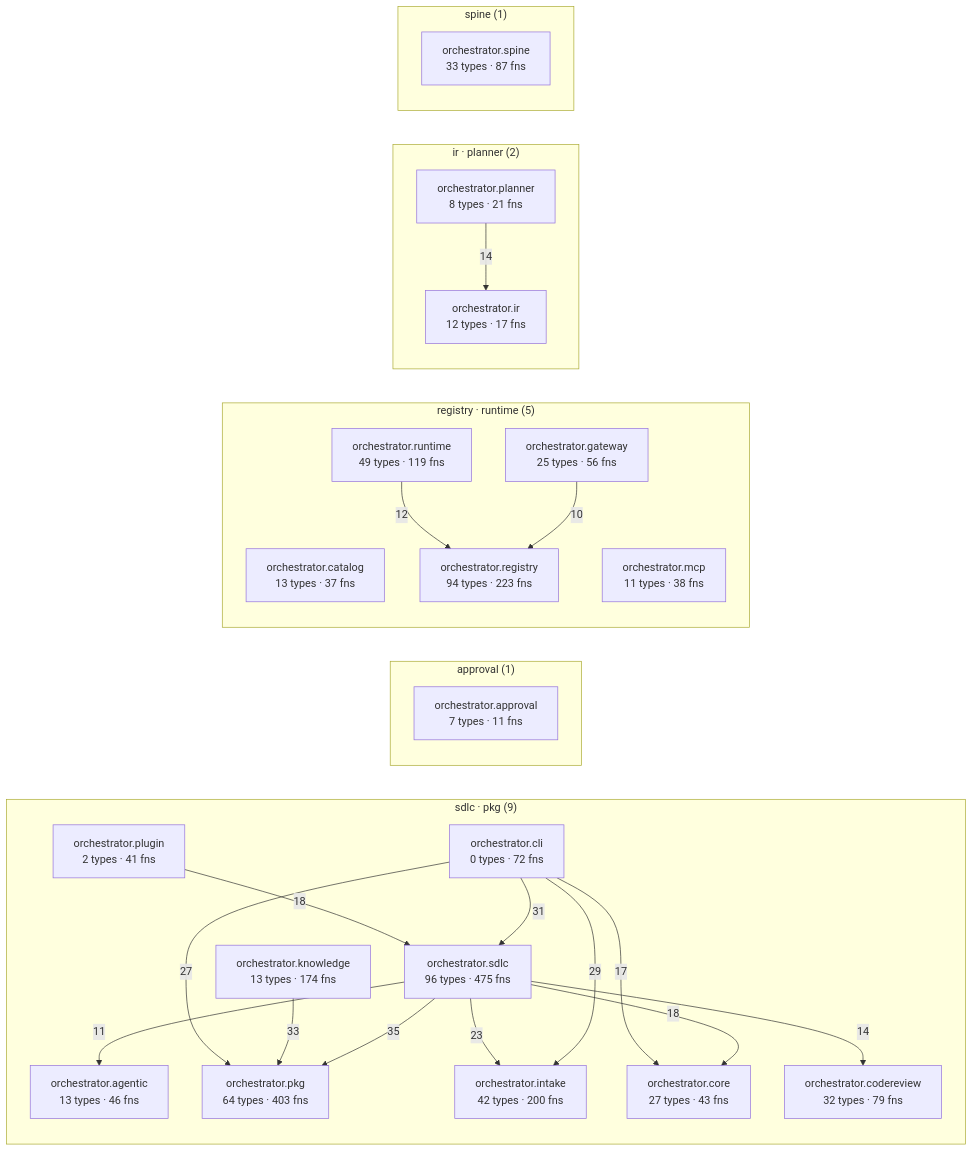
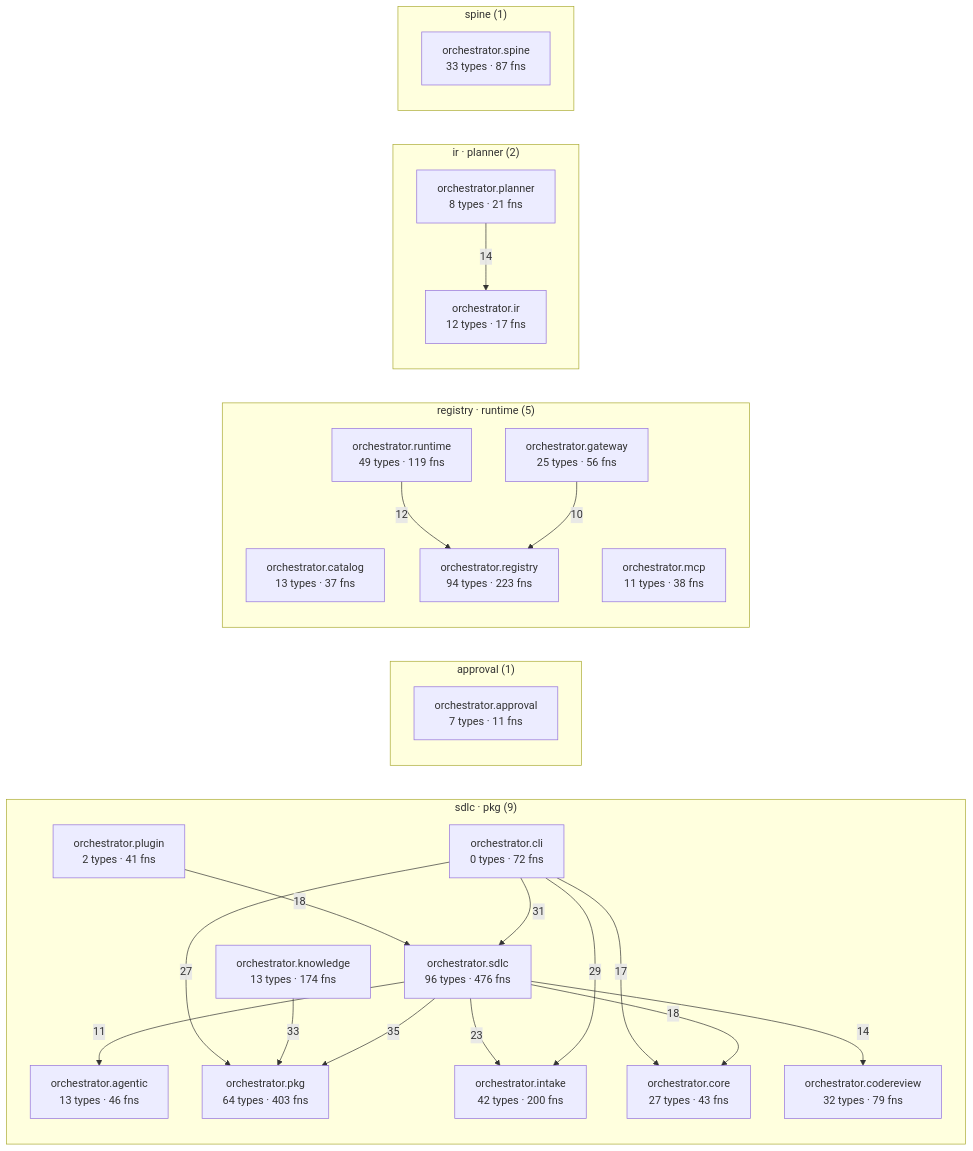
One commit to synaptixs/spine changed the diagram in episteme/architecture.md. Above: the diagram before and after it, drawn with Mermaid. The commit also changed other lines of this file and 5 other files, not shown here.

````diff
--- a/episteme/architecture.md
+++ b/episteme/architecture.md
@@ -54,45 +54,45 @@
 ```mermaid
 flowchart LR
   subgraph c_1["sdlc · pkg (9)"]
     aorchestratoragentic["orchestrator.agentic<br/>13 types · 46 fns"]
     aorchestratorcli["orchestrator.cli<br/>0 types · 72 fns"]
     aorchestratorcodereview["orchestrator.codereview<br/>32 types · 79 fns"]
     aorchestratorcore["orchestrator.core<br/>27 types · 43 fns"]
     aorchestratorintake["orchestrator.intake<br/>42 types · 200 fns"]
     aorchestratorknowledge["orchestrator.knowledge<br/>13 types · 174 fns"]
     aorchestratorpkg["orchestrator.pkg<br/>64 types · 403 fns"]
     aorchestratorplugin["orchestrator.plugin<br/>2 types · 41 fns"]
-    aorchestratorsdlc["orchestrator.sdlc<br/>96 types · 475 fns"]
+    aorchestratorsdlc["orchestrator.sdlc<br/>96 types · 476 fns"]
   end
   subgraph c_2["approval (1)"]
     aorchestratorapproval["orchestrator.approval<br/>7 types · 11 fns"]
   end
   subgraph c_3["registry · runtime (5)"]
     aorchestratorcatalog["orchestrator.catalog<br/>13 types · 37 fns"]
     aorchestratorgateway["orchestrator.gateway<br/>25 types · 56 fns"]
     aorchestratormcp["orchestrator.mcp<br/>11 types · 38 fns"]
     aorchestratorregistry["orchestrator.registry<br/>94 types · 223 fns"]
     aorchestratorruntime["orchestrator.runtime<br/>49 types · 119 fns"]
   end
   subgraph c_7["ir · planner (2)"]
     aorchestratorir["orchestrator.ir<br/>12 types · 17 fns"]
     aorchestratorplanner["orchestrator.planner<br/>8 types · 21 fns"]
   end
   subgraph c_11["spine (1)"]
     aorchestratorspine["orchestrator.spine<br/>33 types · 87 fns"]
   end
   aorchestratorsdlc -->|35| aorchestratorpkg
   aorchestratorknowledge -->|33| aorchestratorpkg
   aorchestratorcli -->|31| aorchestratorsdlc
   aorchestratorcli -->|29| aorchestratorintake
   aorchestratorcli -->|27| aorchestratorpkg
   aorchestratorsdlc -->|23| aorchestratorintake
   aorchestratorplugin -->|18| aorchestratorsdlc
   aorchestratorsdlc -->|18| aorchestratorcore
   aorchestratorcli -->|17| aorchestratorcore
   aorchestratorplanner -->|14| aorchestratorir
   aorchestratorsdlc -->|14| aorchestratorcodereview
   aorchestratorruntime -->|12| aorchestratorregistry
   aorchestratorsdlc -->|11| aorchestratoragentic
   aorchestratorgateway -->|10| aorchestratorregistry
 ```
````
